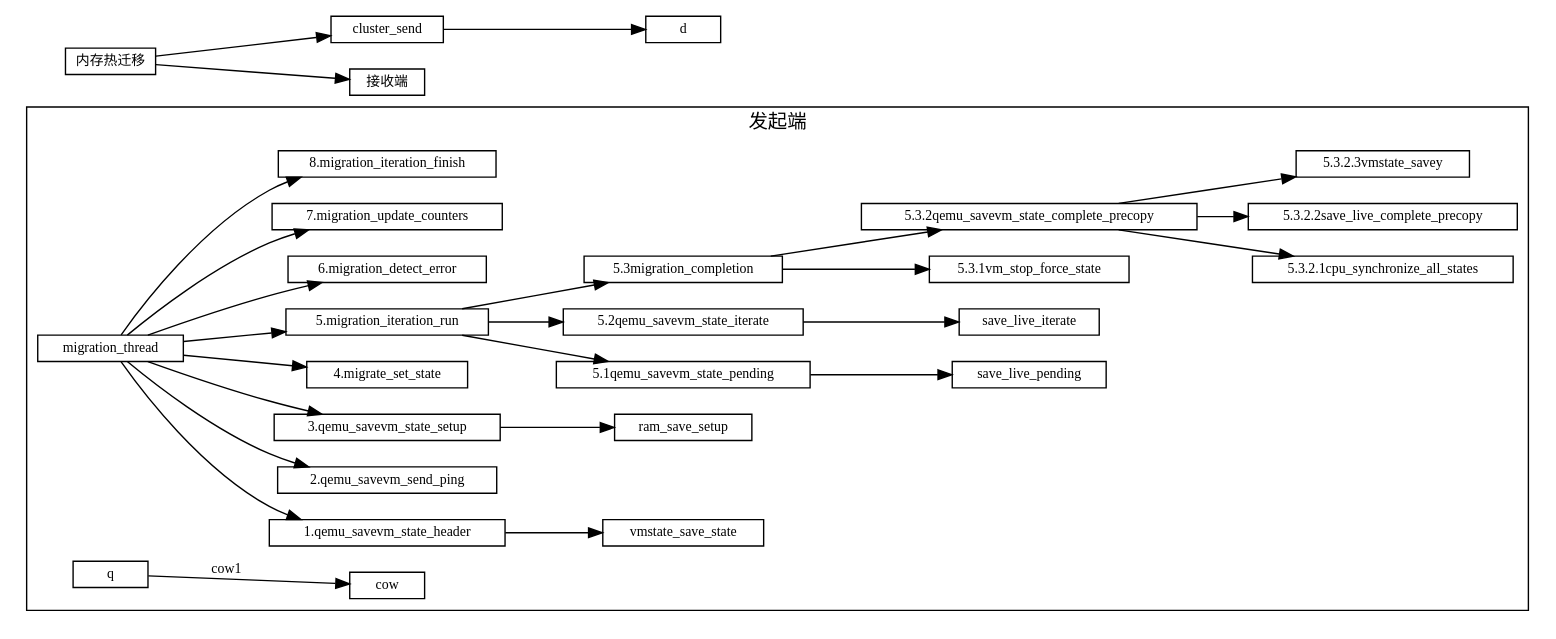
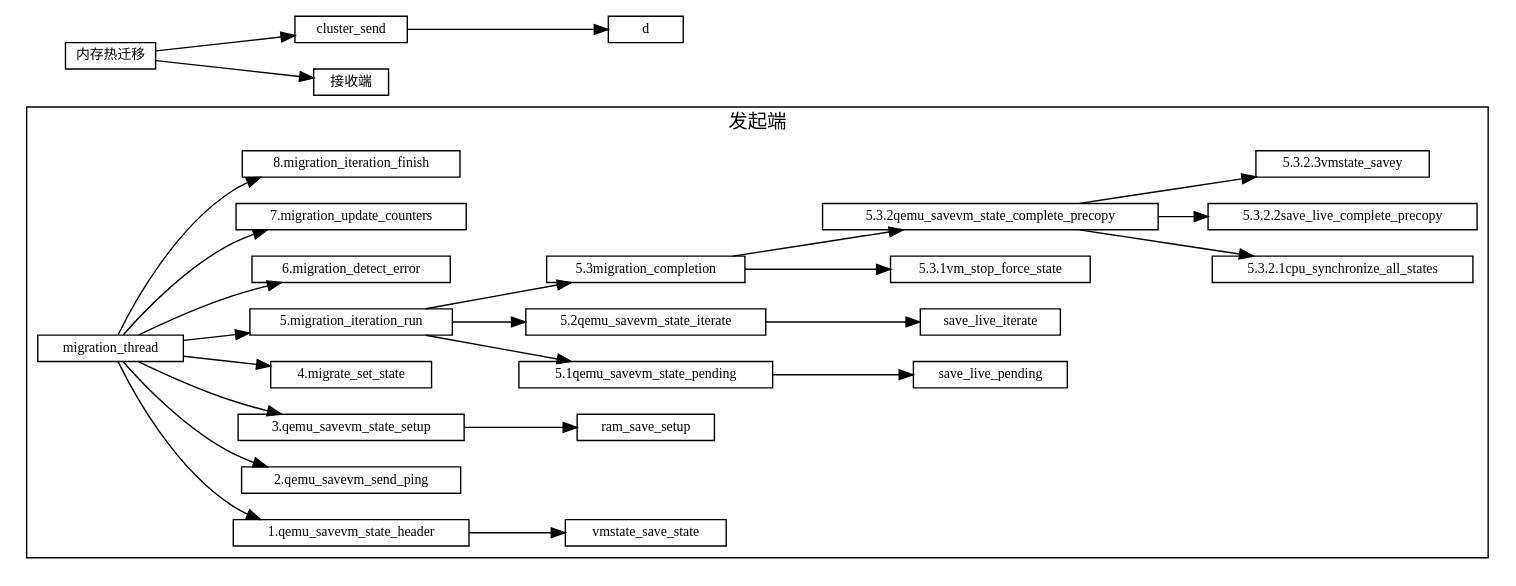
Before and after one commit to sisyphus1212/note: the diagram in 虚拟化/热迁移/1-内存热迁移.md, drawn with Graphviz.

Commit message:
auto_update

````diff
--- a/虚拟化/热迁移/1-内存热迁移.md
+++ b/虚拟化/热迁移/1-内存热迁移.md
@@ -11,67 +11,64 @@
 ```graphviz
 digraph {
 fontname="Helvetica,Arial,sans-serif"
 //node [fontname="Helvetica,Arial,sans-serif"]
 //edge [fontname="Helvetica,Arial,sans-serif"]
 rankdir="LR"
 node [fontsize=10, shape=record, height=0.25]
 edge [fontsize=10]
   subgraph send {
     cluster=true;
     label="发起端";
     qemu_savevm_state_header[label="1.qemu_savevm_state_header"];
     qemu_savevm_send_ping[label="2.qemu_savevm_send_ping"];
     qemu_savevm_state_setup[label="3.qemu_savevm_state_setup"];
     migrate_set_state[label="4.migrate_set_state"];
     migration_iteration_run[label="5.migration_iteration_run"];
 
     migration_detect_error[label="6.migration_detect_error"];
     migration_update_counters[label="7.migration_update_counters"];
     migration_iteration_finish[label="8.migration_iteration_finish"];
 
     migration_thread -> qemu_savevm_state_header
                      -> vmstate_save_state;
     migration_thread -> qemu_savevm_send_ping;
     migration_thread -> qemu_savevm_state_setup
                      -> ram_save_setup;
     migration_thread -> migrate_set_state;
 
     qemu_savevm_state_pending[label="5.1qemu_savevm_state_pending"];
     qemu_savevm_state_iterate[label="5.2qemu_savevm_state_iterate"];
     migration_completion[label="5.3migration_completion"];
 
     vm_stop_force_state[label="5.3.1vm_stop_force_state"]
     qemu_savevm_state_complete_precopy[label="5.3.2qemu_savevm_state_complete_precopy"]
     cpu_synchronize_all_states[label="5.3.2.1cpu_synchronize_all_states"]
     save_live_complete_precopy[label="5.3.2.2save_live_complete_precopy"]
     vmstate_save[label="5.3.2.3vmstate_savey"]
 
     migration_thread ->
          migration_iteration_run->qemu_savevm_state_pending
                                 ->save_live_pending;
          migration_iteration_run->qemu_savevm_state_iterate
                                 ->save_live_iterate;
          migration_iteration_run->
             migration_completion->vm_stop_force_state;
             migration_completion->qemu_savevm_state_complete_precopy;
             qemu_savevm_state_complete_precopy->cpu_synchronize_all_states;
             qemu_savevm_state_complete_precopy->save_live_complete_precopy;
             qemu_savevm_state_complete_precopy->vmstate_save;
 
 
     migration_thread -> migration_detect_error
     migration_thread -> migration_update_counters
     migration_thread -> migration_iteration_finish
 
-
-
-    q -> cow[label="cow1"];
   }
 
 内存热迁移 [label="内存热迁移"]
 内存热迁移 -> cluster_send
            -> d
 
 内存热迁移 -> 接收端
 }
 ```
````
